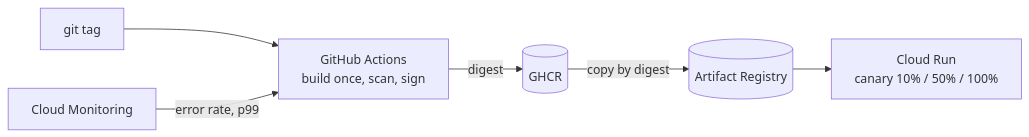
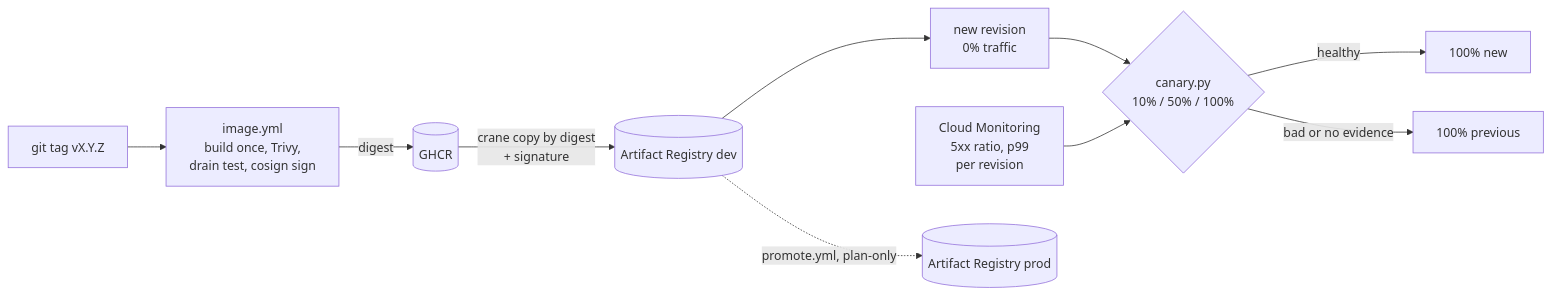
The diagram in README.md (TechTutter/zero-downtime-ml-serving), drawn with Mermaid before and after one commit. The commit also changed other lines of this file and 10 other files, not shown here.

````diff
--- a/README.md
+++ b/README.md
@@ -8,8 +9,12 @@
 ```mermaid
 flowchart LR
-    tag[git tag] --> ci[GitHub Actions<br/>build once, scan, sign]
-    ci -->|digest| ghcr[(GHCR)]
-    ghcr -->|copy by digest| ar[(Artifact Registry)]
-    ar --> run[Cloud Run<br/>canary 10% / 50% / 100%]
-    mon[Cloud Monitoring] -->|error rate, p99| ci
+    tag[git tag vX.Y.Z] --> build[image.yml<br/>build once, Trivy,<br/>drain test, cosign sign]
+    build -->|digest| ghcr[(GHCR)]
+    ghcr -->|crane copy by digest<br/>+ signature| ardev[(Artifact Registry dev)]
+    ardev --> rev[new revision<br/>0% traffic]
+    rev --> canary{canary.py<br/>10% / 50% / 100%}
+    mon[Cloud Monitoring<br/>5xx ratio, p99<br/>per revision] --> canary
+    canary -->|healthy| promoted[100% new]
+    canary -->|bad or no evidence| rollback[100% previous]
+    ardev -.->|promote.yml, plan-only| arprod[(Artifact Registry prod)]
 ```
````
